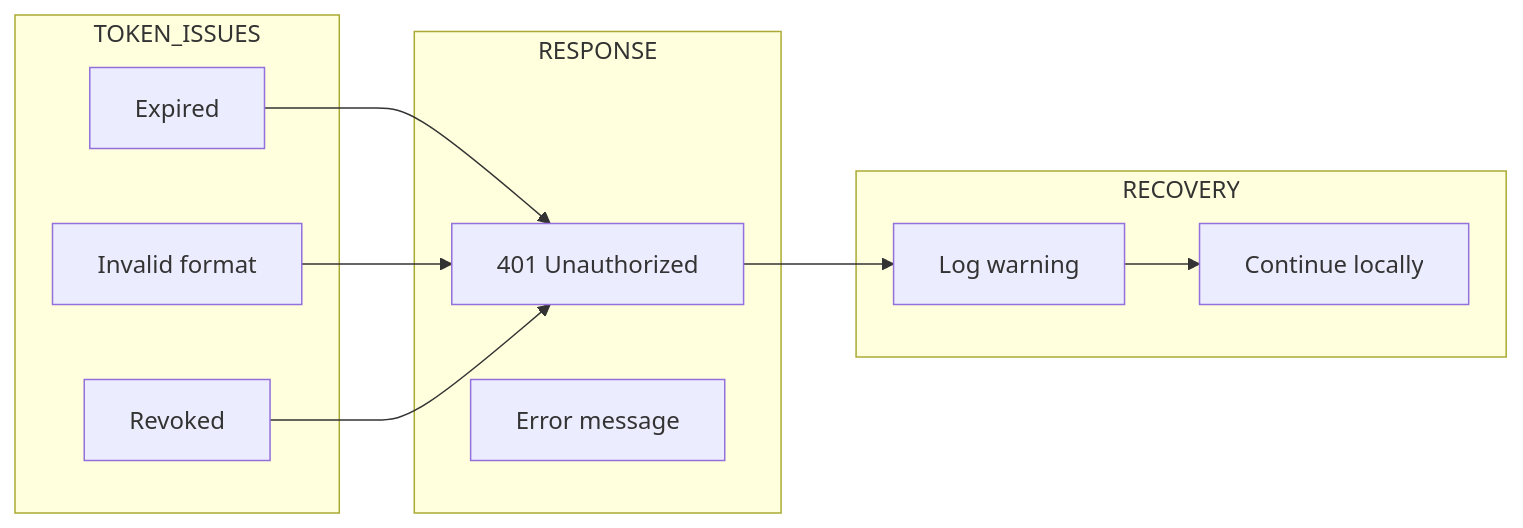
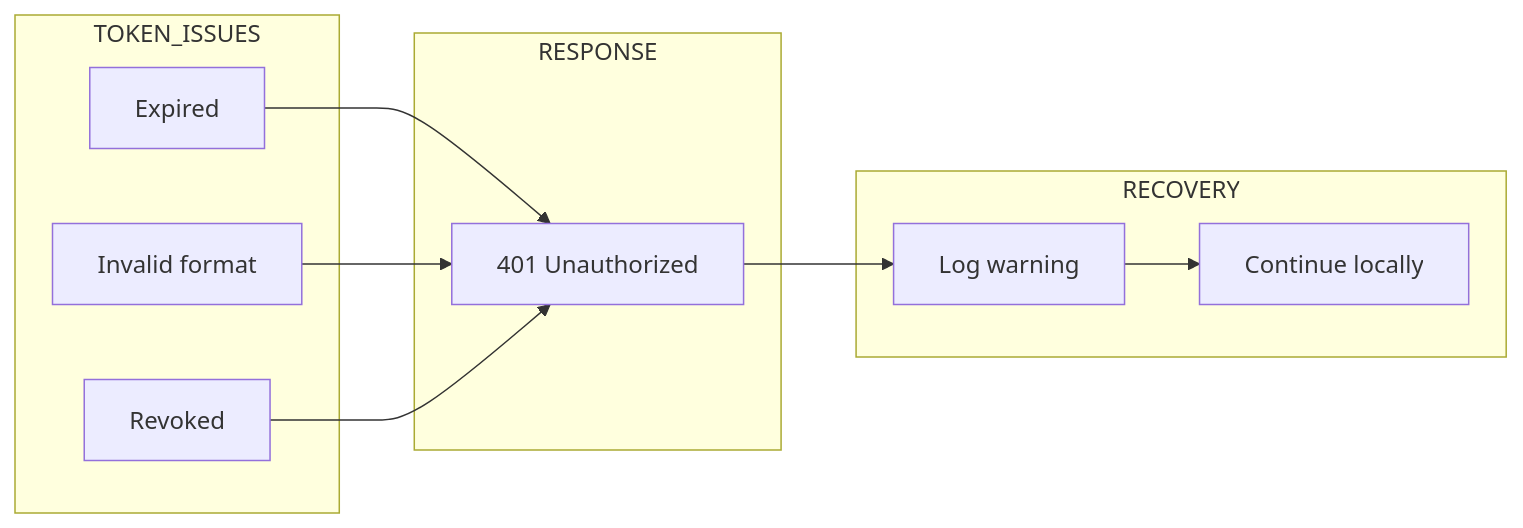
The fifth of 5 diagrams in examples/api_pipeline/16_expired_token/README.md (wisrovi/wpipe), drawn with Mermaid before and after one commit. The commit also changed 8 other files, not shown here.

First line of the commit message:
Fix README files: English text and Mermaid diagrams

````diff
--- a/examples/api_pipeline/16_expired_token/README.md
+++ b/examples/api_pipeline/16_expired_token/README.md
@@ -63,20 +63,23 @@
 ```mermaid
 flowchart LR
     subgraph TOKEN_ISSUES
         T1[Expired]
         T2[Invalid format]
         T3[Revoked]
     end
     
     subgraph RESPONSE
         R1[401 Unauthorized]
-        R2[Error message]
     end
     
     subgraph RECOVERY
         RC1[Log warning]
         RC2[Continue locally]
     end
     
-    T1 & T2 & T3 --> R1 --> RC1 --> RC2
+    T1 --> R1
+    T2 --> R1
+    T3 --> R1
+    R1 --> RC1
+    RC1 --> RC2
 ```
````
